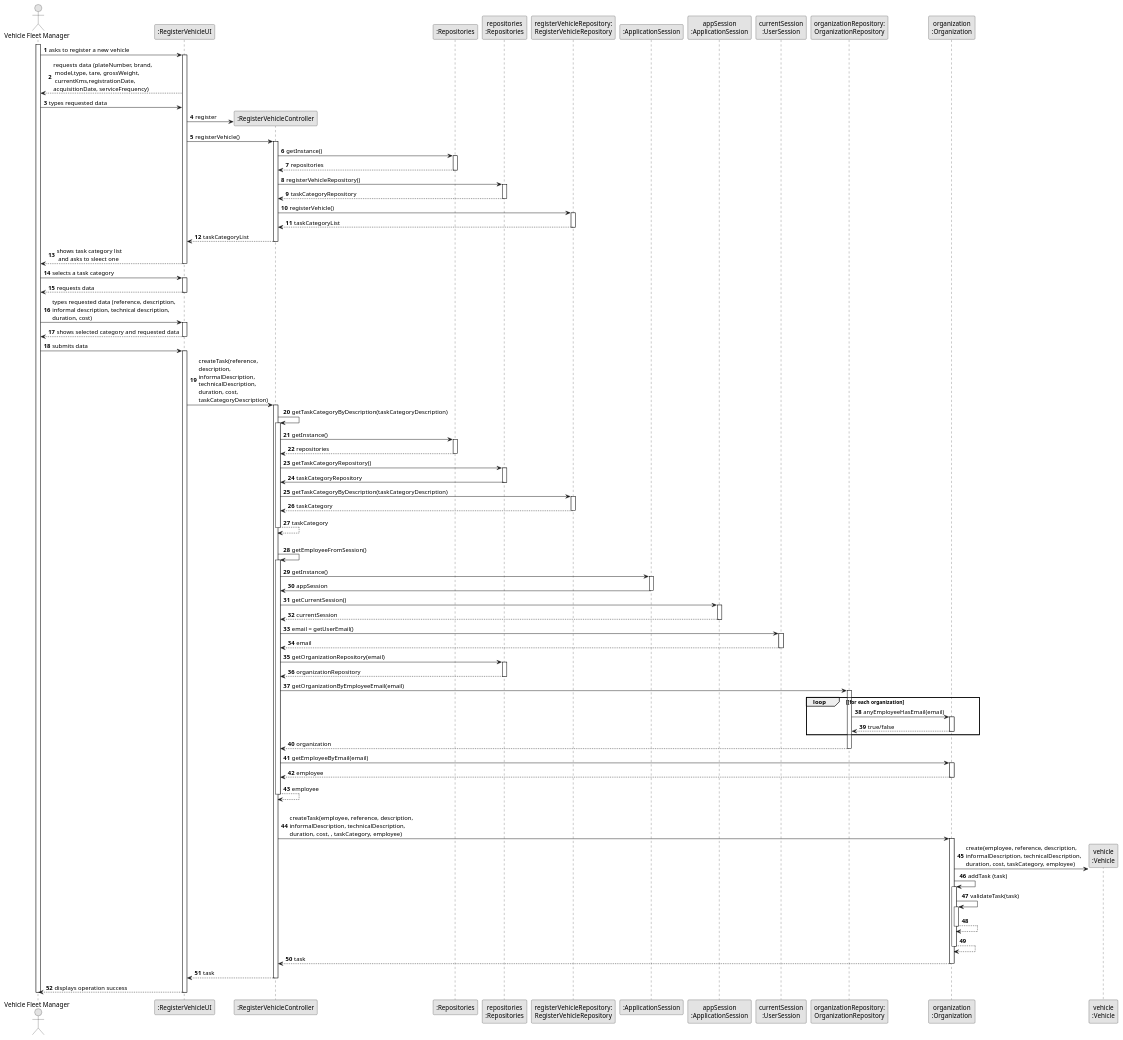
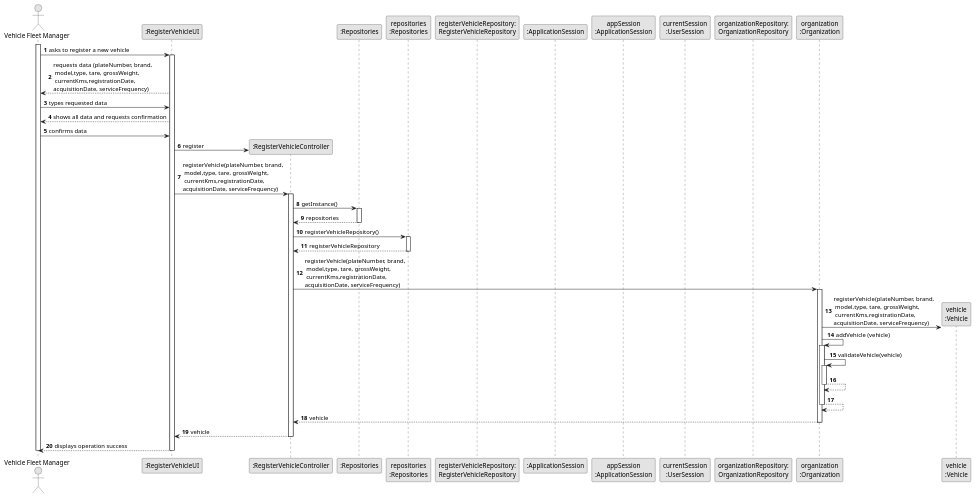
One commit to diogoveirospro/lei-24-s2-1dg-g072 changed the diagram in docs/sprintB/us006/03.design/puml/us006-sequence-diagram-full.puml. Above: the diagram before and after it, drawn with PlantUML. The commit also changed 3 other files, not shown here.

```diff
--- a/docs/sprintB/us006/03.design/puml/us006-sequence-diagram-full.puml
+++ b/docs/sprintB/us006/03.design/puml/us006-sequence-diagram-full.puml
@@ -1,182 +1,79 @@
 @startuml
 skinparam monochrome true
 skinparam packageStyle rectangle
 skinparam shadowing false
 
 autonumber
 
 'hide footbox
 actor "Vehicle Fleet Manager" as ADM
 participant ":RegisterVehicleUI" as UI
 participant ":RegisterVehicleController" as CTRL
 participant ":Repositories" as RepositorySingleton
 participant "repositories\n:Repositories" as PLAT
-participant "registerVehicleRepository:\nRegisterVehicleRepository" as TaskCategoryRepository
+participant "registerVehicleRepository:\nRegisterVehicleRepository" as RegisterVehicleRepository
 participant ":ApplicationSession" as _APP
 participant "appSession\n:ApplicationSession" as APP
 participant "currentSession\n:UserSession" as SESSAO
 participant "organizationRepository:\nOrganizationRepository" as OrganizationRepository
 participant "organization\n:Organization" as ORG
 participant "vehicle\n:Vehicle" as VEHICLE
 
 activate ADM
 
         ADM -> UI : asks to register a new vehicle
 
         activate UI
 
             UI --> ADM : requests data (plateNumber, brand,\n model,type, tare, grossWeight,\n currentKms,registrationDate,\nacquisitionDate, serviceFrequency)
 
             ADM -> UI : types requested data
+
+            UI --> ADM : shows all data and requests confirmation
+
+            ADM -> UI : confirms data
             create CTRL
             UI -> CTRL** : register
 
-            UI -> CTRL : registerVehicle()
+            UI -> CTRL : registerVehicle(plateNumber, brand,\n model,type, tare, grossWeight,\n currentKms,registrationDate,\nacquisitionDate, serviceFrequency)
             activate CTRL
 
                 CTRL -> RepositorySingleton : getInstance()
                 activate RepositorySingleton
 
                     RepositorySingleton --> CTRL: repositories
                 deactivate RepositorySingleton
 
                 CTRL -> PLAT : registerVehicleRepository()
                 activate PLAT
 
-                    PLAT --> CTRL: taskCategoryRepository
+                    PLAT --> CTRL: registerVehicleRepository
                 deactivate PLAT
 
-                CTRL -> TaskCategoryRepository : registerVehicle()
-                activate TaskCategoryRepository
-
-                    TaskCategoryRepository --> CTRL : taskCategoryList
-                deactivate TaskCategoryRepository
-
-                CTRL --> UI : taskCategoryList
-            deactivate CTRL
-
-            UI --> ADM : shows task category list\n and asks to sleect one
-        deactivate UI
-
-    ADM -> UI : selects a task category
-    activate UI
-
-        UI --> ADM : requests data
-    deactivate UI
-
-    ADM -> UI : types requested data (reference, description, \ninformal description, technical description,\nduration, cost)
-    activate UI
-
-        UI --> ADM : shows selected category and requested data
-    deactivate UI
-
-    ADM -> UI : submits data
-    activate UI
-
-        UI -> CTRL : createTask(reference,\ndescription,\ninformalDescription,\ntechnicalDescription,\nduration, cost,\ntaskCategoryDescription)
-        activate CTRL
-
-            CTRL -> CTRL : getTaskCategoryByDescription(taskCategoryDescription)
-            activate CTRL
-
-                CTRL -> RepositorySingleton : getInstance()
-                activate RepositorySingleton
-
-                    RepositorySingleton --> CTRL: repositories
-                deactivate RepositorySingleton
-
-                CTRL -> PLAT : getTaskCategoryRepository()
-                activate PLAT
-
-                    PLAT -> CTRL : taskCategoryRepository
-                deactivate PLAT
-
-                CTRL -> TaskCategoryRepository : getTaskCategoryByDescription(taskCategoryDescription)
-                activate TaskCategoryRepository
-
-                    TaskCategoryRepository --> CTRL : taskCategory
-                deactivate TaskCategoryRepository
-                    CTRL --> CTRL : taskCategory
-            deactivate CTRL
-
-            |||
-            CTRL -> CTRL : getEmployeeFromSession()
-            activate CTRL
-
-                CTRL -> _APP: getInstance()
-                activate _APP
-                    _APP -> CTRL: appSession
-                deactivate _APP
-
-
-                CTRL -> APP: getCurrentSession()
-                activate APP
-
-                    APP --> CTRL: currentSession
-                deactivate APP
-
-                CTRL -> SESSAO: email = getUserEmail()
-                activate SESSAO
-
-                    SESSAO --> CTRL: email
-                deactivate SESSAO
-
-
-                CTRL -> PLAT: getOrganizationRepository(email)
-                activate PLAT
-
-                    PLAT --> CTRL: organizationRepository
-                deactivate PLAT
-
-
-                CTRL -> OrganizationRepository: getOrganizationByEmployeeEmail(email)
-                activate OrganizationRepository
-
-                    loop [for each organization
-                        OrganizationRepository -> ORG : anyEmployeeHasEmail(email)
-                        activate ORG
-
-                             ORG --> OrganizationRepository : true/false
-                        deactivate ORG
-                    end
-                    OrganizationRepository --> CTRL : organization
-                deactivate OrganizationRepository
-
-                CTRL -> ORG: getEmployeeByEmail(email)
+                CTRL -> ORG : registerVehicle(plateNumber, brand,\n model,type, tare, grossWeight,\n currentKms,registrationDate,\nacquisitionDate, serviceFrequency)
                 activate ORG
 
-                    ORG --> CTRL : employee
-                deactivate ORG
+                 ORG -> VEHICLE**: registerVehicle(plateNumber, brand,\n model,type, tare, grossWeight,\n currentKms,registrationDate,\nacquisitionDate, serviceFrequency)
+                 ORG -> ORG: addVehicle (vehicle)
 
-                CTRL --> CTRL : employee
-            deactivate CTRL
+                 activate ORG
+                     ORG -> ORG: validateVehicle(vehicle)
+                     activate ORG
+                         ORG --> ORG
+                     deactivate ORG
 
-            |||
-            CTRL -> ORG: createTask(employee, reference, description,\ninformalDescription, technicalDescription,\nduration, cost, , taskCategory, employee)
-            activate ORG
+                     ORG --> ORG
+                 deactivate ORG
 
-                ORG -> VEHICLE**: create(employee, reference, description,\ninformalDescription, technicalDescription,\nduration, cost, taskCategory, employee)
-                ORG -> ORG: addTask (task)
+                                ORG --> CTRL : vehicle
 
+                            deactivate ORG
 
-                activate ORG
-                    ORG -> ORG: validateTask(task)
-                    activate ORG
-                        ORG --> ORG
-                    deactivate ORG
-
-                    ORG --> ORG
-                deactivate ORG
-
-                ORG --> CTRL : task
-
-            deactivate ORG
-
-            CTRL --> UI: task
+            CTRL --> UI: vehicle
             deactivate CTRL
             UI --> ADM: displays operation success
     deactivate UI
 
 deactivate ADM
 
 @enduml
```
